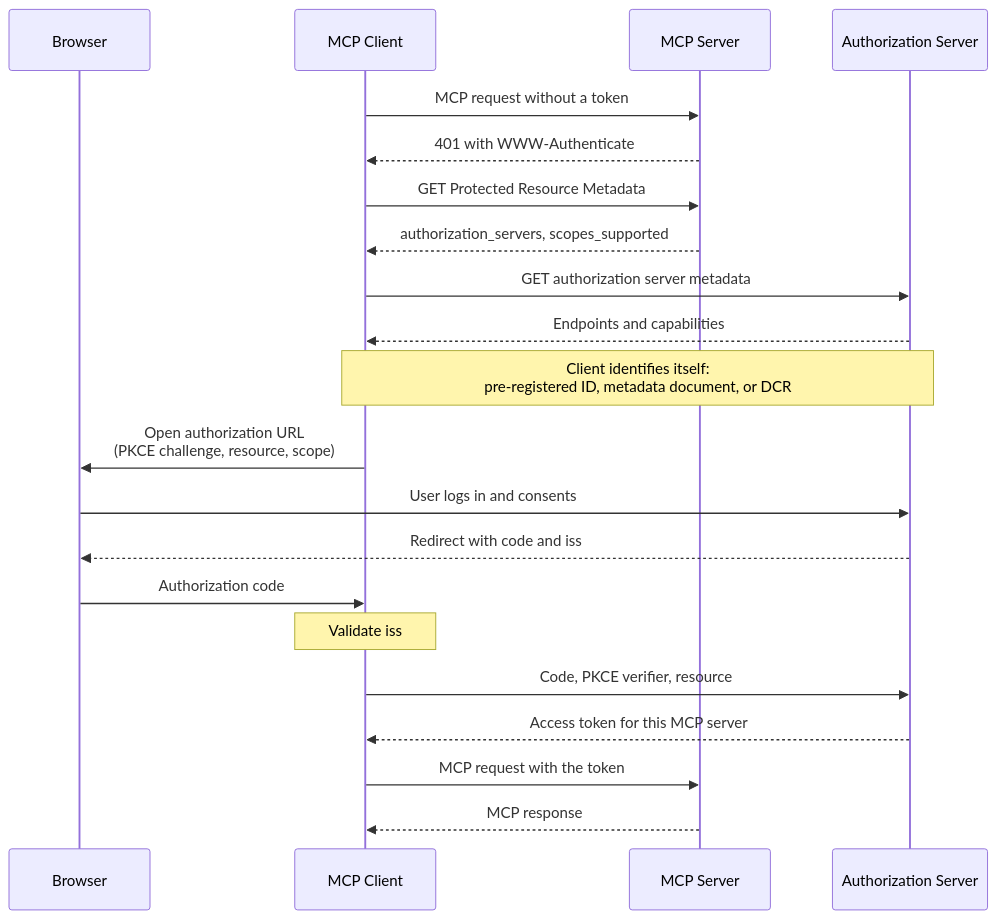
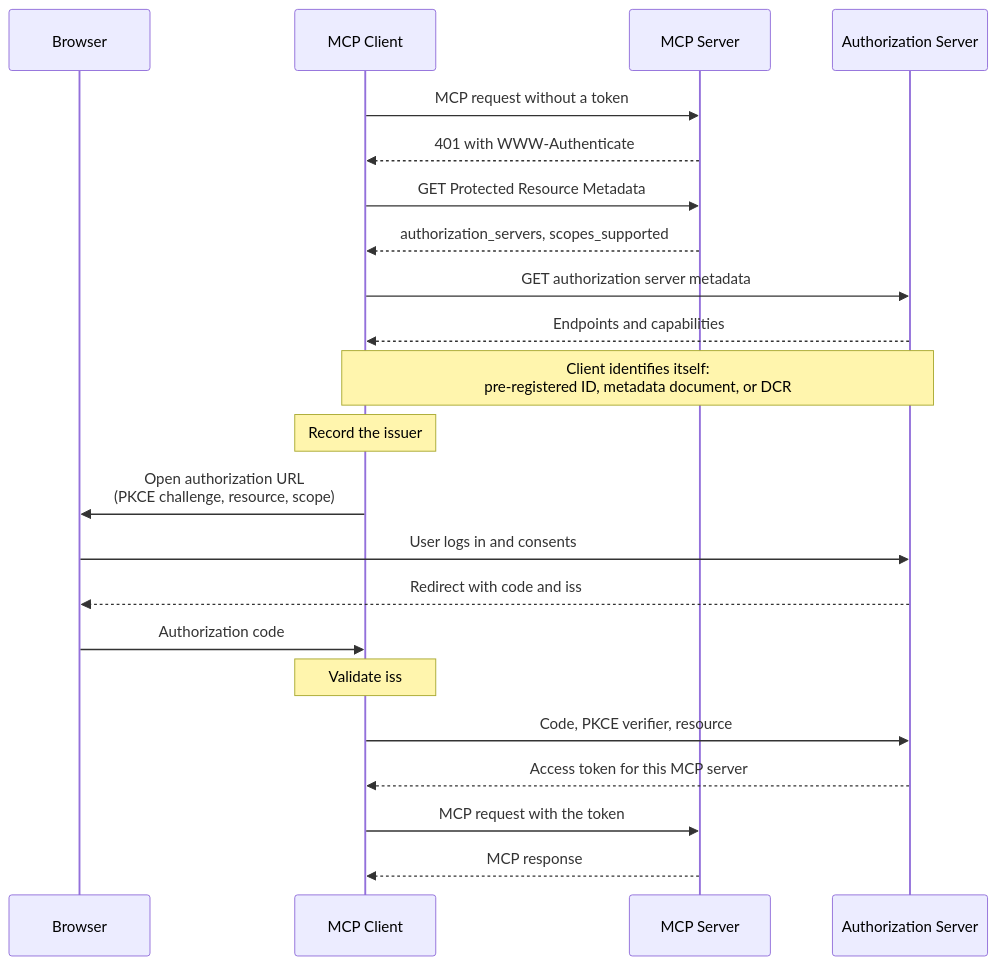
Before and after one commit to modelcontextprotocol/modelcontextprotocol: the diagram in docs/docs/draft/tutorials/security/authorization.mdx, drawn with Mermaid. The commit also changed other lines of this file and 1 other file, not shown here.

````diff
--- a/docs/docs/draft/tutorials/security/authorization.mdx
+++ b/docs/docs/draft/tutorials/security/authorization.mdx
@@ -31,24 +31,25 @@
 ```mermaid
 sequenceDiagram
     participant B as Browser
     participant C as MCP Client
     participant M as MCP Server
     participant A as Authorization Server
 
     C->>M: MCP request without a token
     M-->>C: 401 with WWW-Authenticate
     C->>M: GET Protected Resource Metadata
     M-->>C: authorization_servers, scopes_supported
     C->>A: GET authorization server metadata
     A-->>C: Endpoints and capabilities
     Note over C,A: Client identifies itself:<br/>pre-registered ID, metadata document, or DCR
+    Note over C: Record the issuer
     C->>B: Open authorization URL<br/>(PKCE challenge, resource, scope)
     B->>A: User logs in and consents
     A-->>B: Redirect with code and iss
     B->>C: Authorization code
     Note over C: Validate iss
     C->>A: Code, PKCE verifier, resource
     A-->>C: Access token for this MCP server
     C->>M: MCP request with the token
     M-->>C: MCP response
 ```
````
